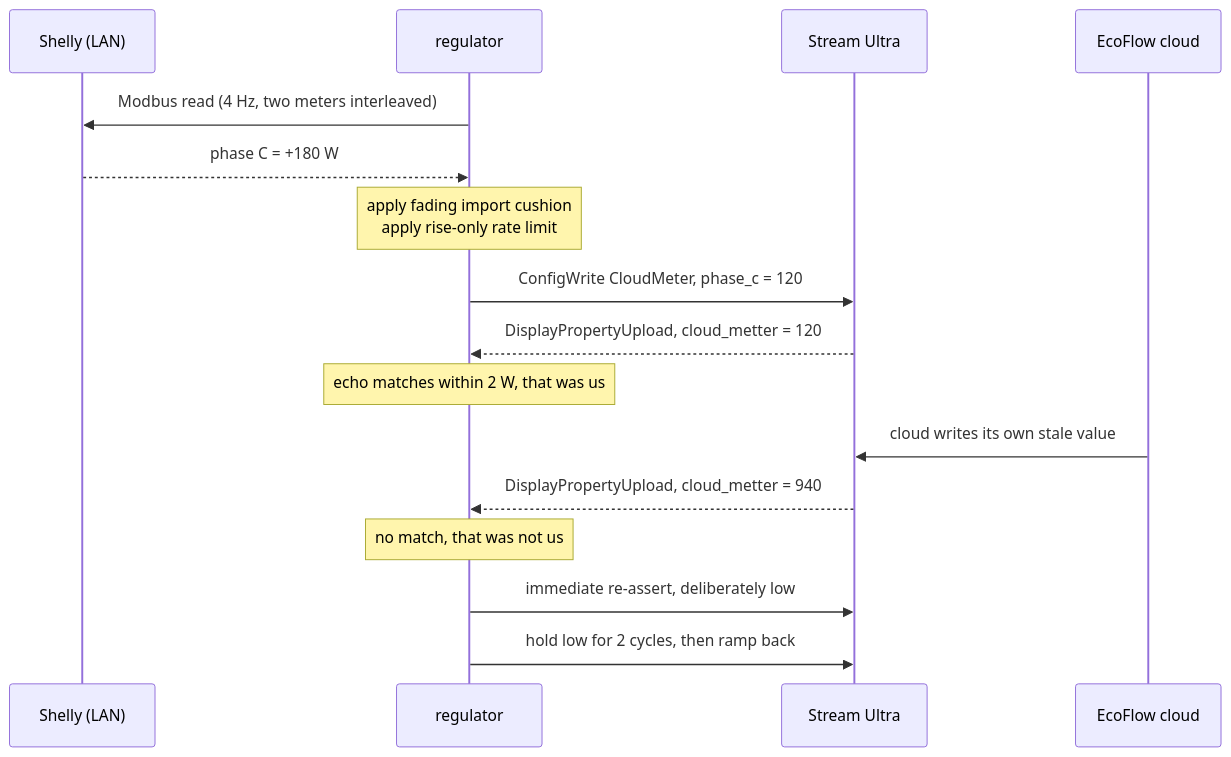
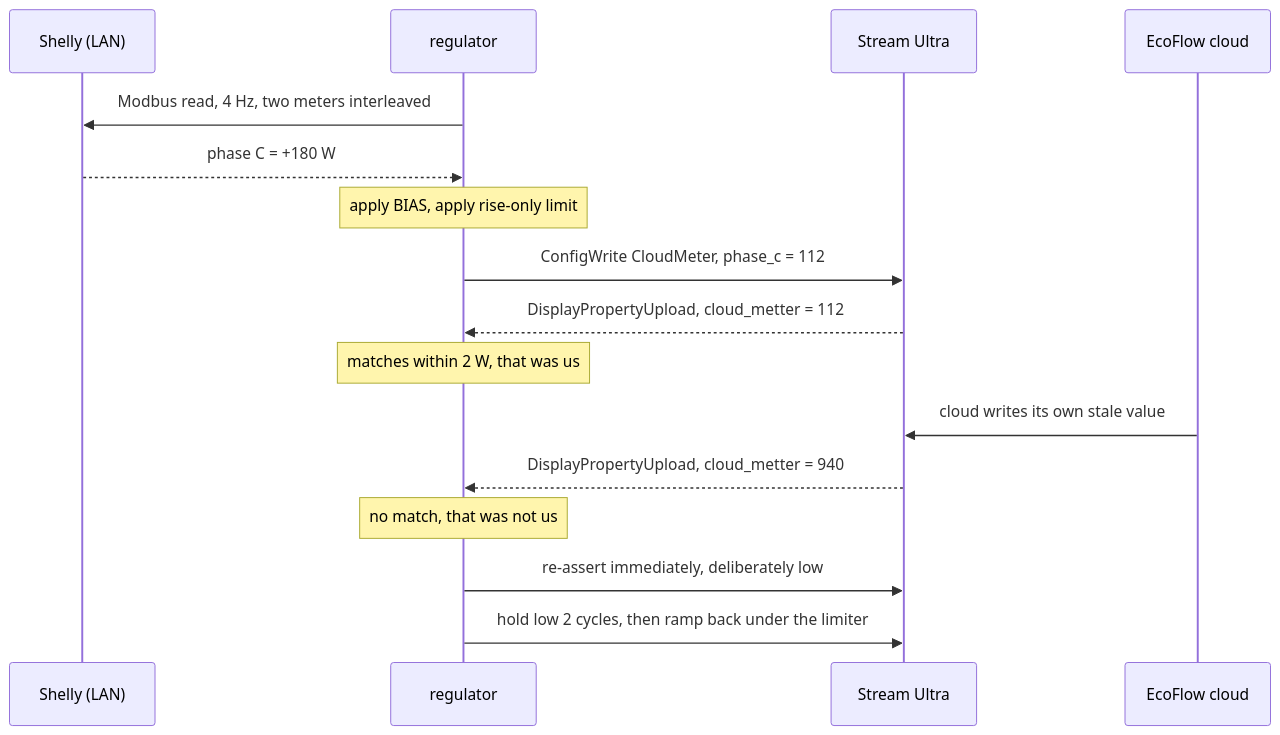
Diagram 13 of 17 in content/posts/ecoflow-zero-export-ble-meter-injection/index.md (phoinixgrr/mastori), drawn with Mermaid before and after one commit. The commit also changed other lines of this file, not shown here.

First line of the commit message:
Rewrite zero-export post: plainer prose, BIAS named, 17 diagrams

```diff
--- a/content/posts/ecoflow-zero-export-ble-meter-injection/index.md
+++ b/content/posts/ecoflow-zero-export-ble-meter-injection/index.md
@@ -326,19 +450,19 @@
 {{< mermaid >}}
 sequenceDiagram
     participant M as Shelly (LAN)
     participant R as regulator
     participant U as Stream Ultra
     participant C as EcoFlow cloud
 
-    R->>M: Modbus read (4 Hz, two meters interleaved)
+    R->>M: Modbus read, 4 Hz, two meters interleaved
     M-->>R: phase C = +180 W
-    Note over R: apply fading import cushion<br/>apply rise-only rate limit
-    R->>U: ConfigWrite CloudMeter, phase_c = 120
-    U-->>R: DisplayPropertyUpload, cloud_metter = 120
-    Note over R: echo matches within 2 W, that was us
+    Note over R: apply BIAS, apply rise-only limit
+    R->>U: ConfigWrite CloudMeter, phase_c = 112
+    U-->>R: DisplayPropertyUpload, cloud_metter = 112
+    Note over R: matches within 2 W, that was us
     C->>U: cloud writes its own stale value
     U-->>R: DisplayPropertyUpload, cloud_metter = 940
     Note over R: no match, that was not us
-    R->>U: immediate re-assert, deliberately low
-    R->>U: hold low for 2 cycles, then ramp back
+    R->>U: re-assert immediately, deliberately low
+    R->>U: hold low 2 cycles, then ramp back under the limiter
 {{< /mermaid >}}
```
